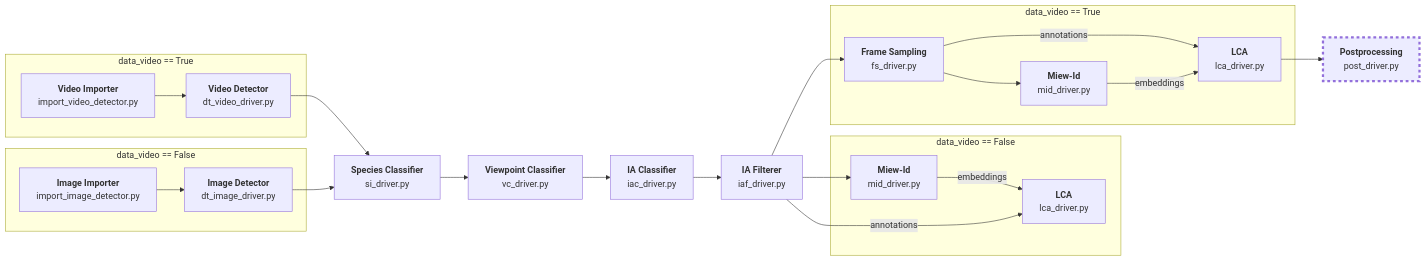
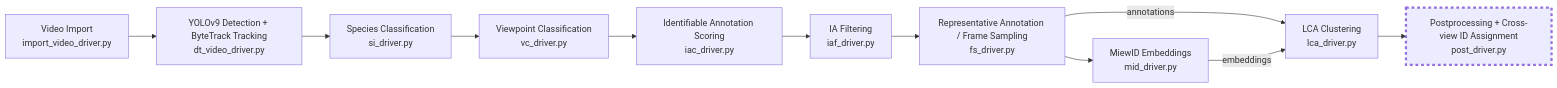
Before and after one commit to AnkitKUpadhyay/MAVRIC: the diagram in README.md, drawn with Mermaid. The commit also changed other lines of this file and 5 other files, not shown here.

Commit message:
Update MAVRIC video pipeline docs and tracking config

````diff
--- a/README.md
+++ b/README.md
@@ -90,42 +68,14 @@
 ```mermaid
 flowchart LR
- subgraph s1["data_video == False"]
-        n15["<b>Miew-Id</b><br>mid_driver.py"]
-        n20["<b>LCA</b><br>lca_driver.py"]
-  end
- subgraph s2["data_video == True"]
-        n16["<b>Frame Sampling</b><br>fs_driver.py"]
-        n17["<b>Miew-Id</b><br>mid_driver.py"]
-        n18["<b>LCA</b><br>lca_driver.py"]
-  end
- subgraph s3["data_video == False"]
-        n21@{ label: "<b><span style=\"--tw-scale-x:\">Image Importer</span><br style=\"--tw-scale-x:\"></b>import_image_detector.py" }
-        n25@{ label: "<span style=\"--tw-scale-x:\"><b>Image Detector<br style=\"--tw-scale-x:\"></b></span>dt_image_driver.py" }
-  end
- subgraph s4["data_video == True"]
-        n22["<b>Video Importer<br></b>import_video_detector.py"]
-        n24["<b>Video Detector<br></b>dt_video_driver.py"]
-  end
-    n6["<b>Species Classifier</b><br>si_driver.py"] --> n7["<b>Viewpoint Classifier<br></b>vc_driver.py"]
-    n7 --> n8["<b>IA Classifier<br></b>iac_driver.py"]
-    n8 --> n10["<b>IA Filterer</b><br>iaf_driver.py"]
-    n10 --> n16 & n15
-    n16 --> n17
-    n16 -- annotations --> n18
-    n17 -- embeddings --> n18
-    n15 -- embeddings --> n20
-    n10 -- annotations --> n20
-    n22 --> n24
-    n21 --> n25
-    n24 --> n6
-    n25 --> n6
-    n18 --> n26["<b>Postprocessing</b><br>post_driver.py"]
-
-    n16@{ shape: rect}
-    n21@{ shape: rect}
-    n25@{ shape: rect}
-    n7@{ shape: rect}
-    n8@{ shape: rect}
-    n26@{ shape: rect}
-    style n26 stroke-width:4px,stroke-dasharray: 5
+    n1["Video Import<br>import_video_driver.py"] --> n2["YOLOv9 Detection + ByteTrack Tracking<br>dt_video_driver.py"]
+    n2 --> n3["Species Classification<br>si_driver.py"]
+    n3 --> n4["Viewpoint Classification<br>vc_driver.py"]
+    n4 --> n5["Identifiable Annotation Scoring<br>iac_driver.py"]
+    n5 --> n6["IA Filtering<br>iaf_driver.py"]
+    n6 --> n7["Representative Annotation / Frame Sampling<br>fs_driver.py"]
+    n7 --> n8["MiewID Embeddings<br>mid_driver.py"]
+    n7 -- annotations --> n9["LCA Clustering<br>lca_driver.py"]
+    n8 -- embeddings --> n9
+    n9 --> n10["Postprocessing + Cross-view ID Assignment<br>post_driver.py"]
+    style n10 stroke-width:4px,stroke-dasharray: 5
 ```
````
